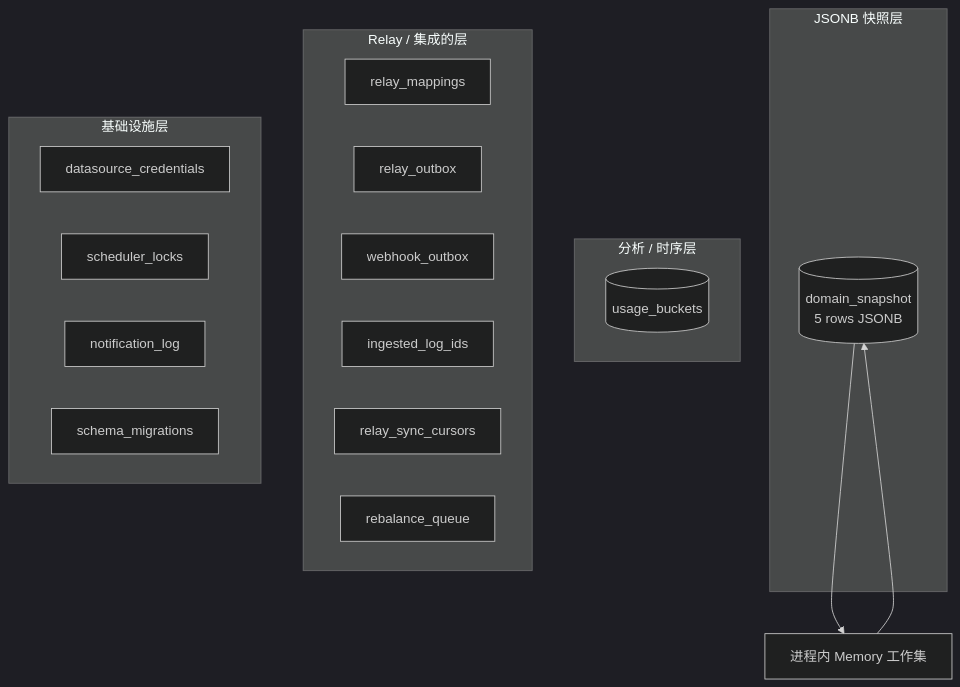
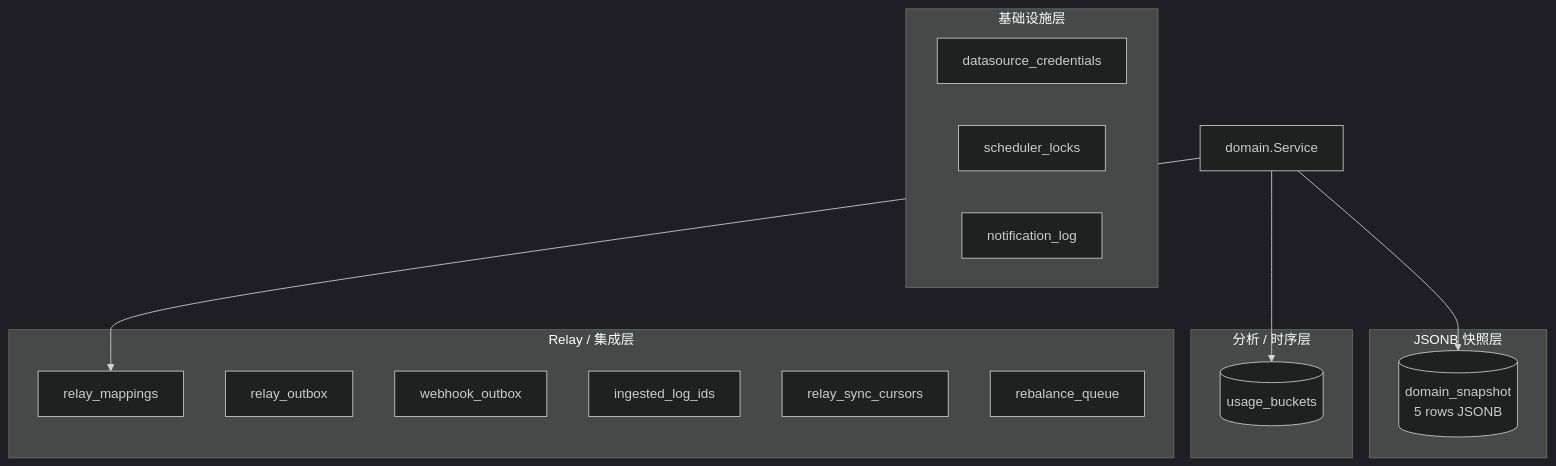
Before and after one commit to quyip8818/mytokenjoy: the first of 6 diagrams in docs/Backend-存储架构.md, drawn with Mermaid (dark theme). The commit also changed other lines of this file and 206 other files, not shown here.

````diff
--- a/docs/Backend-存储架构.md
+++ b/docs/Backend-存储架构.md
@@ -34,29 +100,29 @@
 ```mermaid
 flowchart TB
   subgraph snapshotLayer [JSONB 快照层]
     DS[(domain_snapshot<br/>5 rows JSONB)]
   end
 
   subgraph analyticsLayer [分析 / 时序层]
     UB[(usage_buckets)]
   end
 
-  subgraph relayLayer [Relay / 集成的层]
+  subgraph relayLayer [Relay / 集成层]
     RM[relay_mappings]
     RO[relay_outbox]
     WO[webhook_outbox]
     IL[ingested_log_ids]
     RC[relay_sync_cursors]
     RQ[rebalance_queue]
   end
 
   subgraph infraLayer [基础设施层]
     DC[datasource_credentials]
     SL[scheduler_locks]
     NL[notification_log]
-    SM[schema_migrations]
   end
 
-  DS --> mem[进程内 Memory 工作集]
-  mem --> DS
+  SVC[domain.Service] --> DS
+  SVC --> UB
+  SVC --> RM
 ```
````
